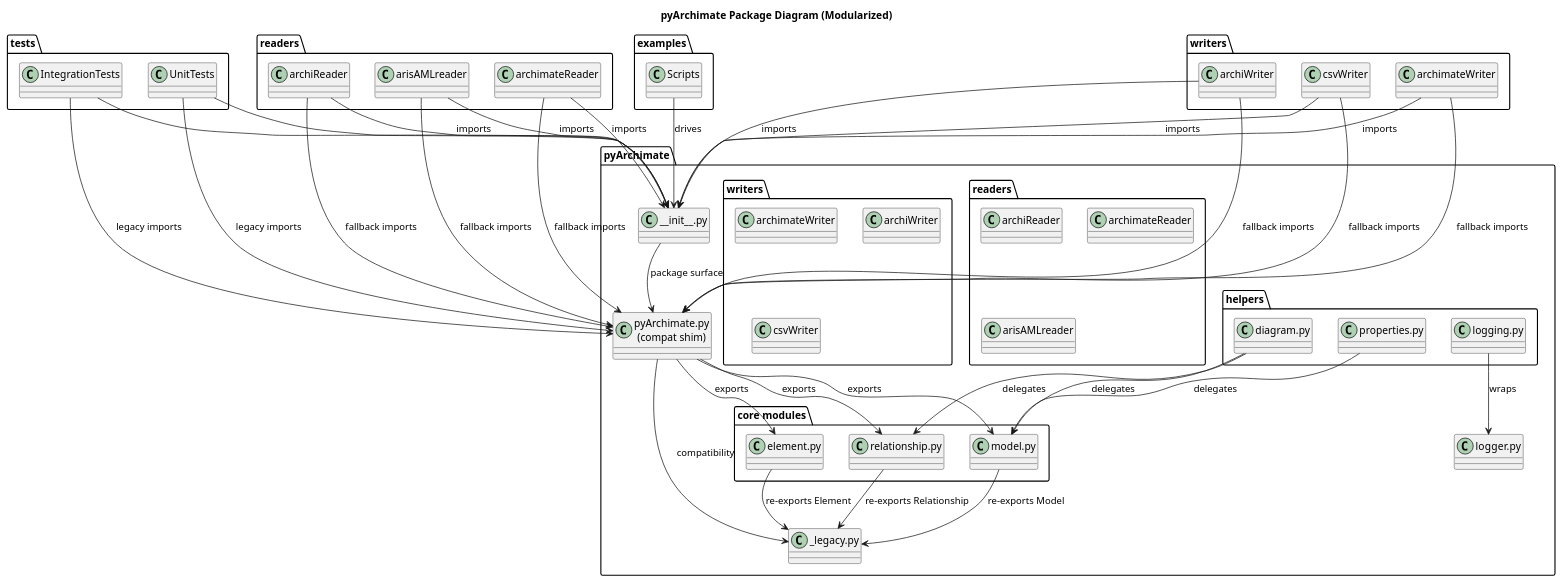
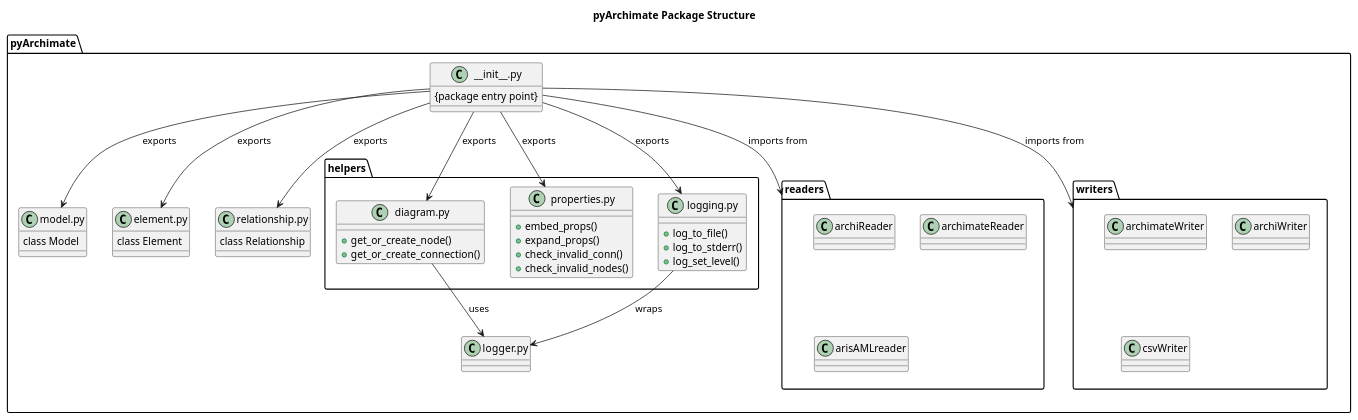
The diagram in docs/diagrams/package.puml (pyArchimate/pyArchimate), drawn with PlantUML before and after one commit. The commit also changed 17 other files, not shown here.

```diff
--- a/docs/diagrams/package.puml
+++ b/docs/diagrams/package.puml
@@ -1,74 +1,66 @@
 @startuml
-title pyArchimate Package Diagram (Modularized)
+title pyArchimate Package Structure
 
 package "pyArchimate" {
-  package "core modules" {
-    class "model.py" as ModelModule
-    class "element.py" as ElementModule
-    class "relationship.py" as RelationshipModule
+  class "__init__.py" as Init {
+    {package entry point}
+  }
+
+  class "model.py" as Model {
+    class Model
+  }
+
+  class "element.py" as Element {
+    class Element
+  }
+
+  class "relationship.py" as Relationship {
+    class Relationship
   }
 
   package "helpers" {
-    class "diagram.py" as DiagramHelper
-    class "properties.py" as PropertyHelper
-    class "logging.py" as LoggingHelper
+    class "diagram.py" as DiagramHelper {
+      + get_or_create_node()
+      + get_or_create_connection()
+    }
+    class "properties.py" as PropertiesHelper {
+      + embed_props()
+      + expand_props()
+      + check_invalid_conn()
+      + check_invalid_nodes()
+    }
+    class "logging.py" as LoggingHelper {
+      + log_to_file()
+      + log_to_stderr()
+      + log_set_level()
+    }
   }
 
-  class "_legacy.py" as Legacy
-  class "pyArchimate.py\n(compat shim)" as Shim
-  class "__init__.py" as PackageInit
-
-  package readers {
+  package "readers" {
     class archiReader
     class archimateReader
     class arisAMLreader
   }
 
-  package writers {
+  package "writers" {
     class archimateWriter
     class archiWriter
     class csvWriter
   }
 
-  class "logger.py" as LoggerModule
+  class "logger.py" as Logger
 }
 
-package examples {
-  class Scripts
-}
+Init --> Model : exports
+Init --> Element : exports
+Init --> Relationship : exports
+Init --> DiagramHelper : exports
+Init --> PropertiesHelper : exports
+Init --> LoggingHelper : exports
+Init --> readers : imports from
+Init --> writers : imports from
 
-package tests {
-  class UnitTests
-  class IntegrationTests
-}
+DiagramHelper --> Logger : uses
+LoggingHelper --> Logger : wraps
 
-ModelModule --> Legacy : re-exports Model
-ElementModule --> Legacy : re-exports Element
-RelationshipModule --> Legacy : re-exports Relationship
-DiagramHelper --> ModelModule : delegates
-DiagramHelper --> RelationshipModule : delegates
-PropertyHelper --> ModelModule : delegates
-LoggingHelper --> LoggerModule : wraps
-Shim --> ModelModule : exports
-Shim --> ElementModule : exports
-Shim --> RelationshipModule : exports
-Shim --> Legacy : compatibility
-PackageInit --> Shim : package surface
-readers.archiReader --> PackageInit : imports
-readers.archimateReader --> PackageInit : imports
-readers.arisAMLreader --> PackageInit : imports
-writers.archimateWriter --> PackageInit : imports
-writers.archiWriter --> PackageInit : imports
-writers.csvWriter --> PackageInit : imports
-examples.Scripts --> PackageInit : drives
-tests.UnitTests --> PackageInit
-tests.IntegrationTests --> PackageInit
-readers.archiReader --> Shim : fallback imports
-readers.archimateReader --> Shim : fallback imports
-readers.arisAMLreader --> Shim : fallback imports
-writers.archimateWriter --> Shim : fallback imports
-writers.archiWriter --> Shim : fallback imports
-writers.csvWriter --> Shim : fallback imports
-tests.UnitTests --> Shim : legacy imports
-tests.IntegrationTests --> Shim : legacy imports
 @enduml
```
